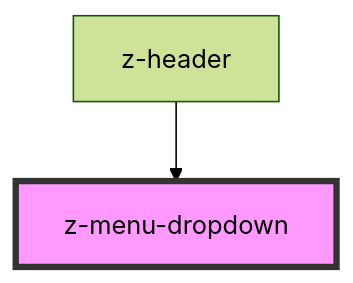
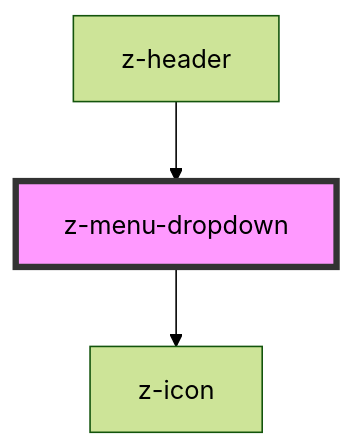
Before and after one commit to ZanichelliEditore/design-system: the diagram in web-components-library/src/components/z-menu-dropdown/readme.md, drawn with Mermaid (forest theme). The commit also changed other lines of this file and 21 other files, not shown here.

````diff
--- a/web-components-library/src/components/z-menu-dropdown/readme.md
+++ b/web-components-library/src/components/z-menu-dropdown/readme.md
@@ -24,5 +28,6 @@
 ```mermaid
 graph TD;
+  z-menu-dropdown --> z-icon
   z-header --> z-menu-dropdown
   style z-menu-dropdown fill:#f9f,stroke:#333,stroke-width:4px
 ```
````
